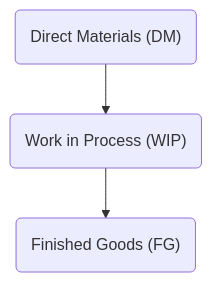
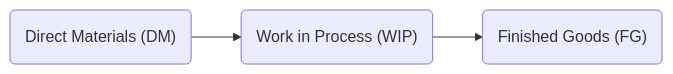
Before and after one commit to sheilsarda/Training_The_Street: the second of 2 diagrams in Accounting_Notes.md, drawn with Mermaid.

````diff
--- a/Accounting_Notes.md
+++ b/Accounting_Notes.md
@@ -357,6 +357,5 @@
 ```mermaid
-flowchart TB
-
+flowchart LR
     A("Direct Materials (DM)") --> B("Work in Process (WIP)")
     B --> C("Finished Goods (FG)")
 ```
````
